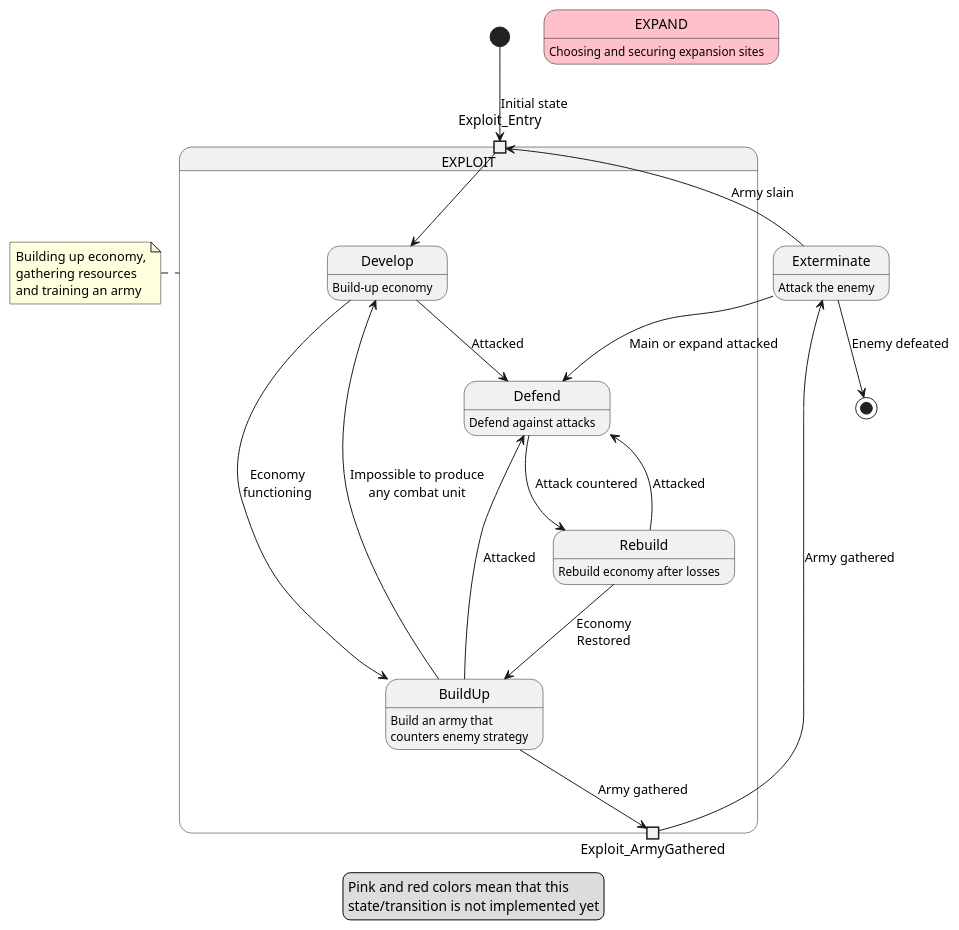
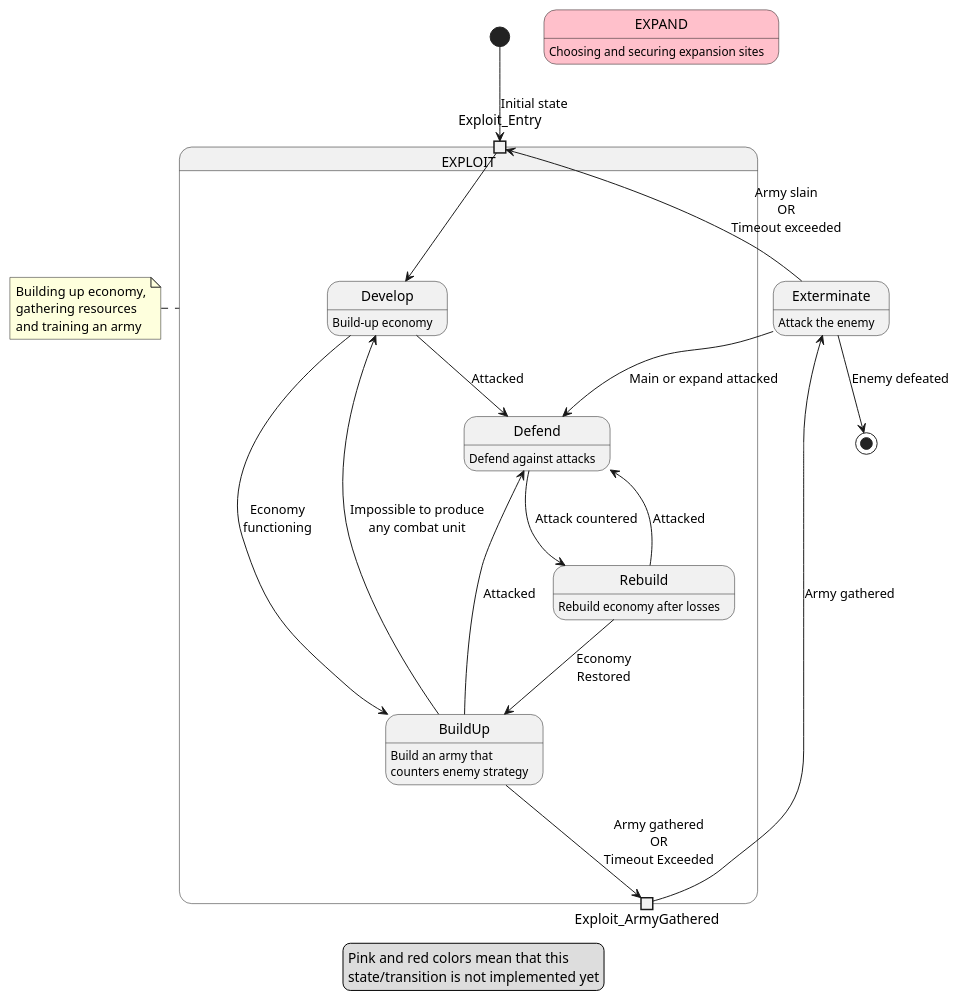
The diagram in Mods/Mira/Docs/SettlementControllerStates.puml (dikys/HordeScripts), drawn with PlantUML before and after one commit.

```diff
--- a/Mods/Mira/Docs/SettlementControllerStates.puml
+++ b/Mods/Mira/Docs/SettlementControllerStates.puml
@@ -1,49 +1,49 @@
 @startuml controller states
 
 state EXPLOIT {
     state Develop: Build-up economy
     state Rebuild: Rebuild economy after losses
     state Defend: Defend against attacks
     state BuildUp: Build an army that\ncounters enemy strategy
 
     state Exploit_Entry <<inputPin>>
 
     Exploit_Entry --> Develop
 
     Defend --> Rebuild: Attack countered
     
     Develop --> BuildUp: Economy\nfunctioning
     Develop --> Defend: Attacked
 
-    BuildUp -down-> Exploit_ArmyGathered <<outputPin>>: Army gathered
+    BuildUp -down-> Exploit_ArmyGathered <<outputPin>>: Army gathered\nOR\nTimeout Exceeded
     BuildUp --> Defend: Attacked
     BuildUp --> Develop: Impossible to produce\nany combat unit
 
     Rebuild --> BuildUp: Economy\nRestored
     Rebuild --> Defend: Attacked
 }
 
 note left of EXPLOIT
 Building up economy,
 gathering resources 
 and training an army
 end note
 
 state EXPAND #pink: Choosing and securing expansion sites
 state Exterminate: Attack the enemy
 
 [*] -down-> Exploit_Entry: Initial state
 
 Exploit_ArmyGathered -right-> Exterminate: Army gathered
 
 Exterminate --> [*]: Enemy defeated
-Exterminate --> Exploit_Entry: Army slain
+Exterminate --> Exploit_Entry: Army slain\nOR\nTimeout exceeded
 Exterminate --> Defend: Main or expand attacked
 
 
 legend
 Pink and red colors mean that this 
 state/transition is not implemented yet
 endlegend
 
 @enduml
```
